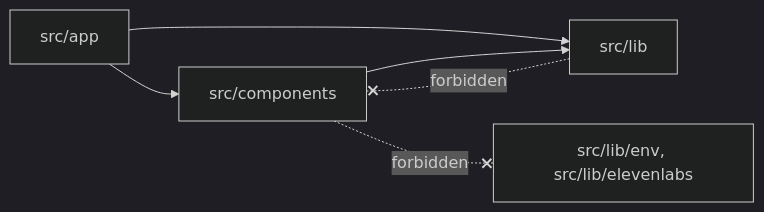
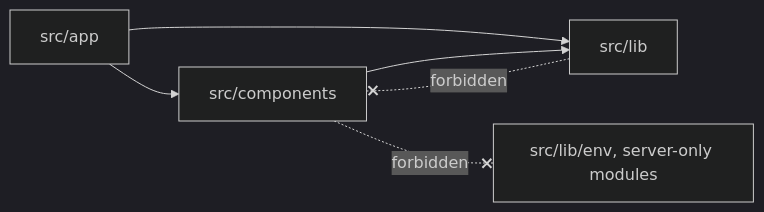
The second of 2 diagrams in docs/architecture/overview.md (hi-humble-hedgehog/beats-for-days), drawn with Mermaid (dark theme) before and after one commit. The commit also changed other lines of this file and 64 other files, not shown here.

````diff
--- a/docs/architecture/overview.md
+++ b/docs/architecture/overview.md
@@ -63,8 +74,8 @@
 ```mermaid
 flowchart LR
     app["src/app"] --> components["src/components"]
     app --> lib["src/lib"]
     components --> lib
     lib -.-x|forbidden| components
-    components -.-x|forbidden| server["src/lib/env, src/lib/elevenlabs"]
+    components -.-x|forbidden| server["src/lib/env, server-only modules"]
 ```
````
